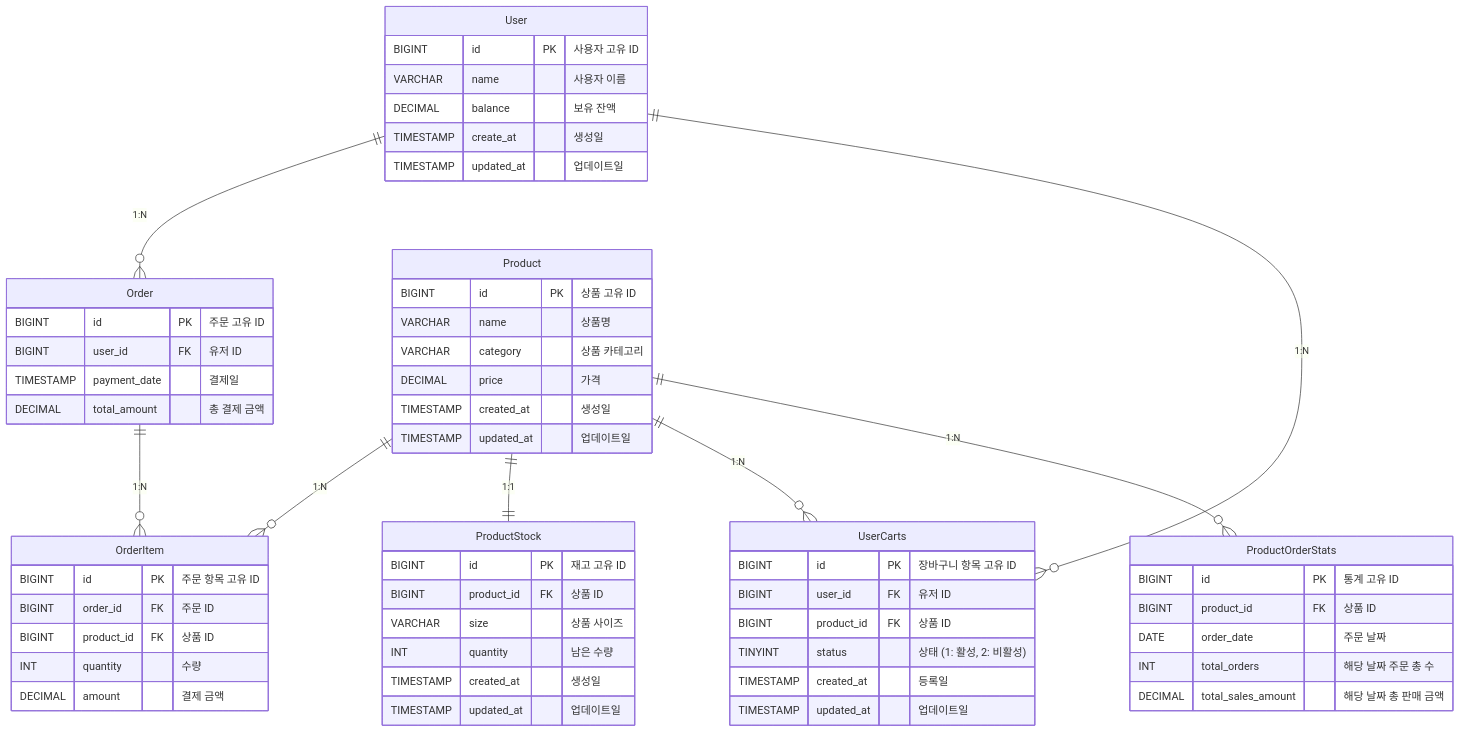
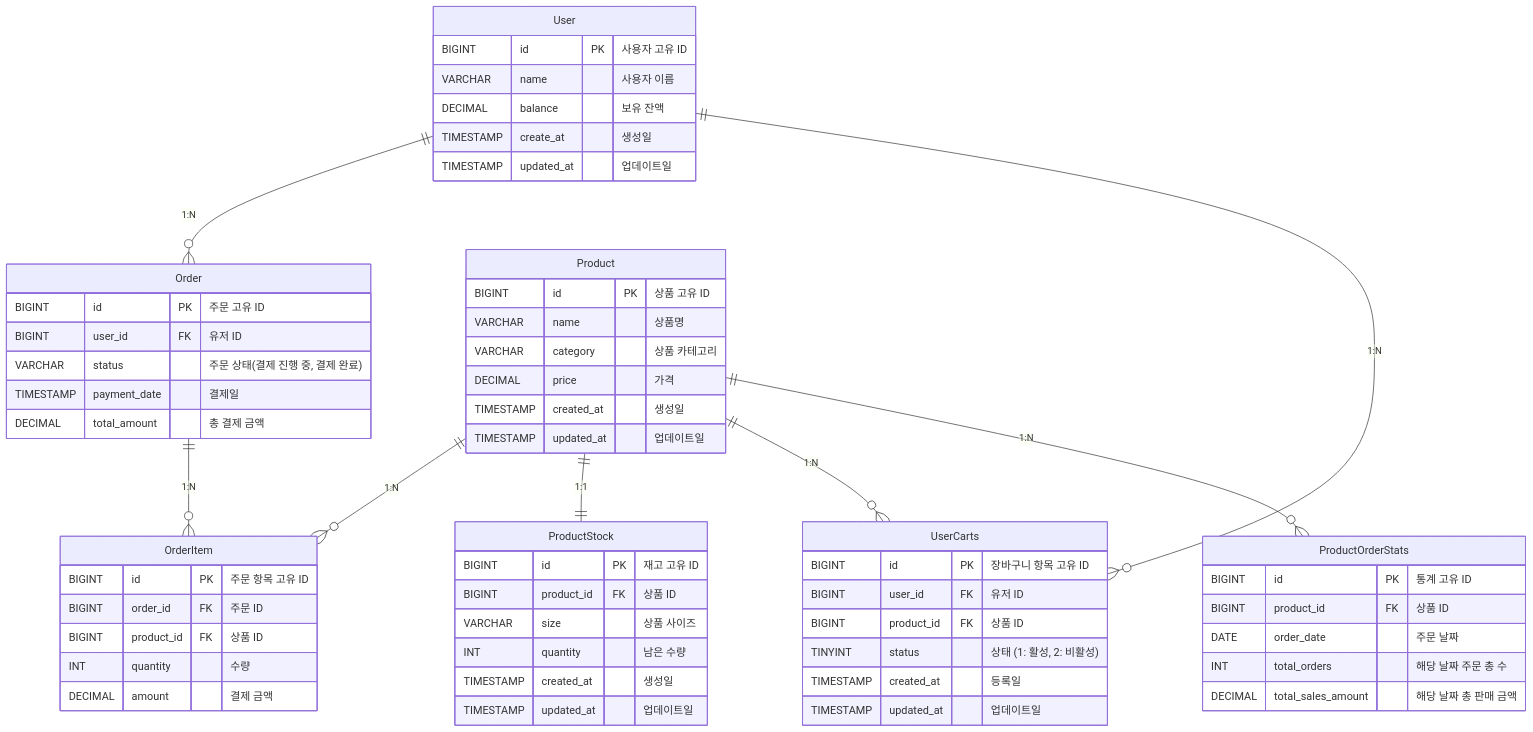
Before and after one commit to LeeJeongGi/hhplus-03-ecommerce: the diagram in docs/ERD.md, drawn with Mermaid.

Commit message:
feat : 주문 정보 저장 테이블에 결제 상태 유무 파악할 수 있는 컬럼 추가

````diff
--- a/docs/ERD.md
+++ b/docs/ERD.md
@@ -1,69 +1,70 @@
 ```mermaid
 erDiagram
 
     User ||--o{ Order : "1:N"
     User ||--o{ UserCarts : "1:N"
     Product ||--o{ OrderItem : "1:N"
     Product ||--|| ProductStock : "1:1"
     Product ||--o{ UserCarts : "1:N"
     Product ||--o{ ProductOrderStats : "1:N"
     Order ||--o{ OrderItem : "1:N"
     
     User {
         BIGINT id PK "사용자 고유 ID"
         VARCHAR name "사용자 이름"
         DECIMAL balance "보유 잔액"
         TIMESTAMP create_at "생성일"
         TIMESTAMP updated_at "업데이트일"
     }
 
     Product {
         BIGINT id PK "상품 고유 ID"
         VARCHAR name "상품명"
         VARCHAR category "상품 카테고리"
         DECIMAL price "가격"
         TIMESTAMP created_at "생성일"
         TIMESTAMP updated_at "업데이트일"
     }
 
     ProductStock {
         BIGINT id PK "재고 고유 ID"
         BIGINT product_id FK "상품 ID"
         VARCHAR size "상품 사이즈"
         INT quantity "남은 수량"
         TIMESTAMP created_at "생성일"
         TIMESTAMP updated_at "업데이트일"
     }
 
     Order {
         BIGINT id PK "주문 고유 ID"
         BIGINT user_id FK "유저 ID"
+        VARCHAR status "주문 상태(결제 진행 중, 결제 완료)"
         TIMESTAMP payment_date "결제일"
         DECIMAL total_amount "총 결제 금액"
     }
 
     OrderItem {
         BIGINT id PK "주문 항목 고유 ID"
         BIGINT order_id FK "주문 ID"
         BIGINT product_id FK "상품 ID"
         INT quantity "수량"
         DECIMAL amount "결제 금액"
     }
 
     ProductOrderStats {
         BIGINT id PK "통계 고유 ID"
         BIGINT product_id FK "상품 ID"
         DATE order_date "주문 날짜"
         INT total_orders "해당 날짜 주문 총 수"
         DECIMAL total_sales_amount "해당 날짜 총 판매 금액"
     }
 
     UserCarts {
         BIGINT id PK "장바구니 항목 고유 ID"
         BIGINT user_id FK "유저 ID"
         BIGINT product_id FK "상품 ID"
         TINYINT status "상태 (1: 활성, 2: 비활성)"
         TIMESTAMP created_at "등록일"
         TIMESTAMP updated_at "업데이트일"
     }
 ```
````
